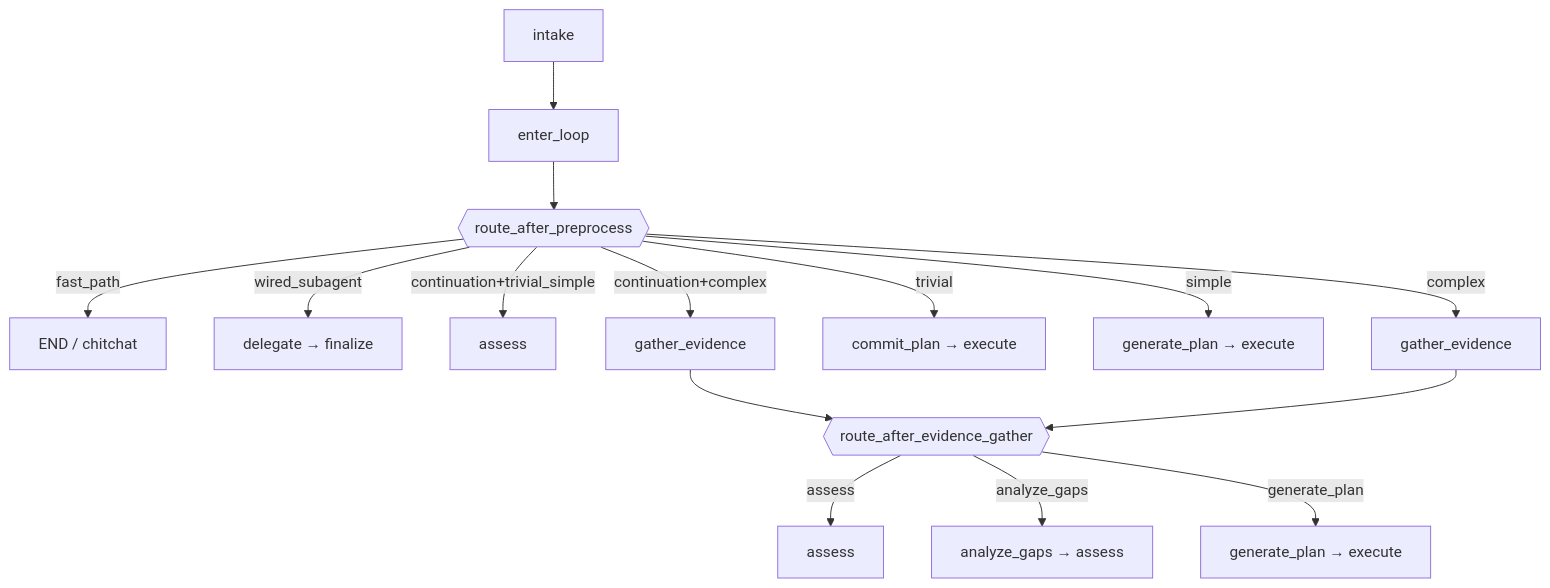
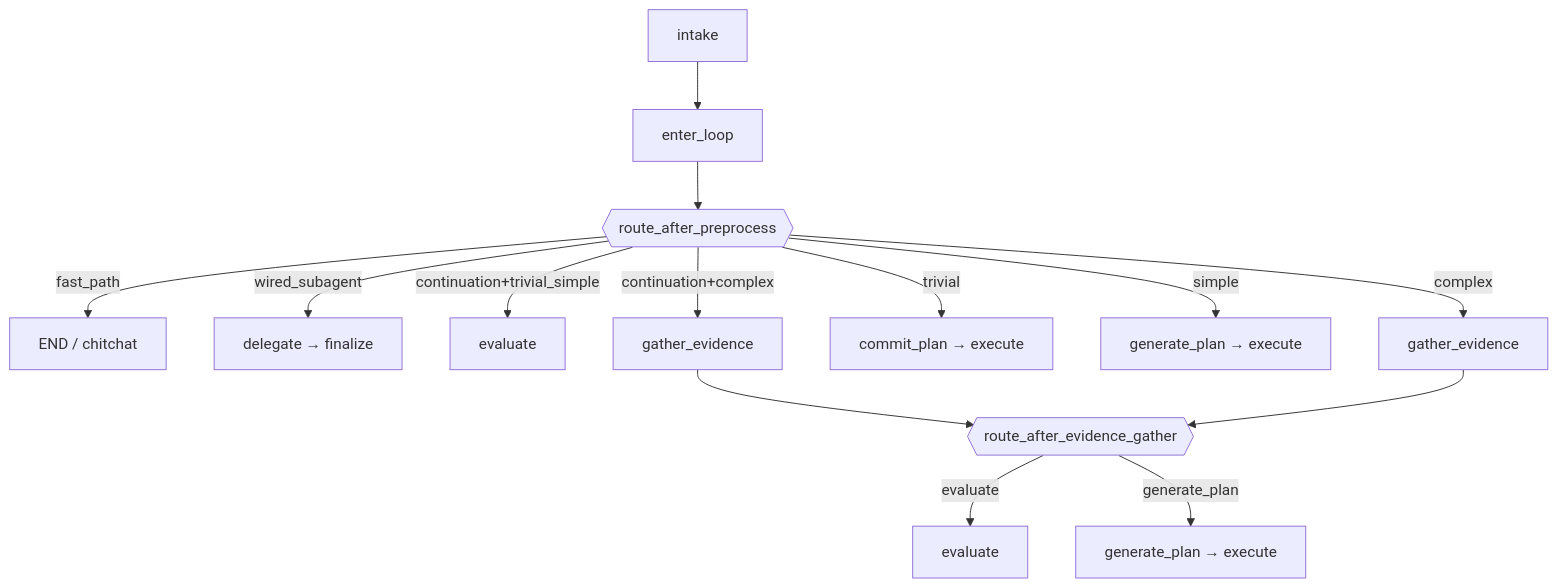
The diagram in docs/diagrams/strange_loop_graph_nodes.md (OpenSoothe/soothe), drawn with Mermaid before and after one commit. The commit also changed other lines of this file and 86 other files, not shown here.

First line of the commit message:
feat(sloop): unify plan gap+assess into evaluate subgraph (IG-672)

````diff
--- a/docs/diagrams/strange_loop_graph_nodes.md
+++ b/docs/diagrams/strange_loop_graph_nodes.md
@@ -30,17 +30,16 @@
 ```mermaid
 flowchart TD
     IC[intake] --> IOR[enter_loop]
     IOR --> R{{route_after_preprocess}}
     R -->|fast_path| END1[END / chitchat]
     R -->|wired_subagent| IWS[delegate → finalize]
-    R -->|continuation+trivial_simple| PA[assess]
+    R -->|continuation+trivial_simple| EV[evaluate]
     R -->|continuation+complex| BEG[gather_evidence]
     R -->|trivial| RD[commit_plan → execute]
     R -->|simple| PG2[generate_plan → execute]
     R -->|complex| BEG2[gather_evidence]
     BEG --> PGA{{route_after_evidence_gather}}
     BEG2 --> PGA
-    PGA -->|assess| PA3[assess]
-    PGA -->|analyze_gaps| PGA2[analyze_gaps → assess]
+    PGA -->|evaluate| EV2[evaluate]
     PGA -->|generate_plan| PG3[generate_plan → execute]
 ```
````
